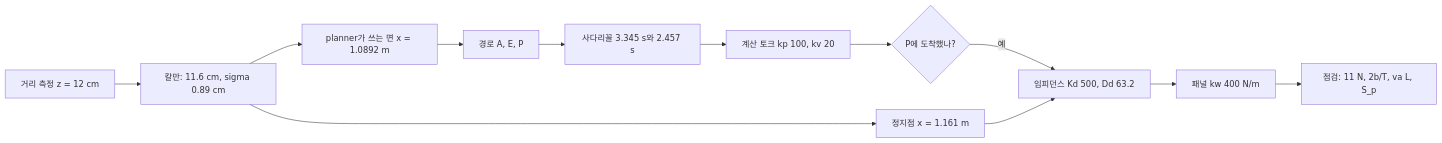
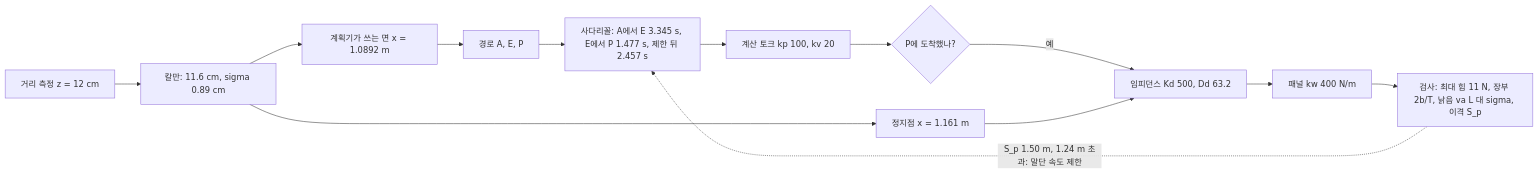
One commit to jiseop-byeon/phd-wiki changed the second of 2 diagrams in content/04-robotics/capstone-panel-contact.md. Above: the diagram before and after it, drawn with Mermaid. The commit also changed other lines of this file and 26 other files, not shown here.

````diff
--- a/content/04-robotics/capstone-panel-contact.md
+++ b/content/04-robotics/capstone-panel-contact.md
@@ -558,14 +715,15 @@
 ```mermaid
 flowchart LR
     Z["거리 측정 z = 12 cm"] --> KF["칼만: 11.6 cm, sigma 0.89 cm"]
-    KF --> OB["planner가 쓰는 면 x = 1.0892 m"]
+    KF --> OB["계획기가 쓰는 면 x = 1.0892 m"]
     KF --> XS["정지점 x = 1.161 m"]
     OB --> PL["경로 A, E, P"]
-    PL --> TS["사다리꼴 3.345 s와 2.457 s"]
+    PL --> TS["사다리꼴: A에서 E 3.345 s, E에서 P 1.477 s, 제한 뒤 2.457 s"]
     TS --> CT["계산 토크 kp 100, kv 20"]
     CT --> SW{"P에 도착했나?"}
     SW -->|예| IM["임피던스 Kd 500, Dd 63.2"]
     XS --> IM
     IM --> WL["패널 kw 400 N/m"]
-    WL --> CK["점검: 11 N, 2b/T, va L, S_p"]
+    WL --> CK["검사: 최대 힘 11 N, 장부 2b/T, 낡음 va L 대 sigma, 이격 S_p"]
+    CK -.->|"S_p 1.50 m, 1.24 m 초과: 말단 속도 제한"| TS
 ```
````
